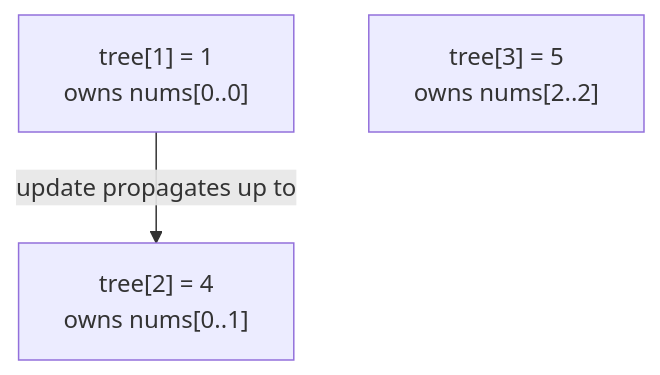
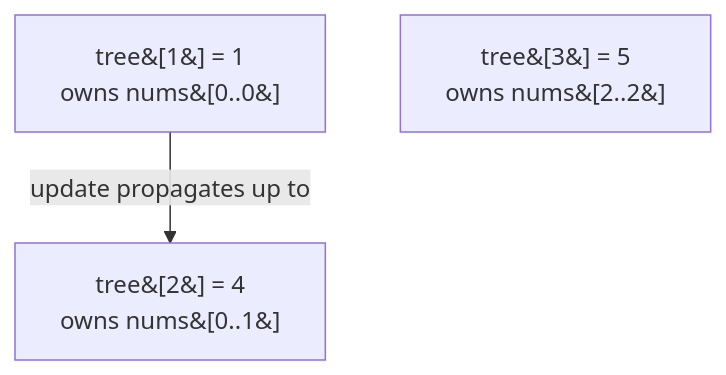
Before and after one commit to Aryan-Jadon18/dsa-placement-prep: the diagram in topics/20-design-advanced-ds/04-range-sum-query-mutable/README.md, drawn with Mermaid. The commit also changed 52 other files, not shown here.

First line of the commit message:
Fix Mermaid diagrams not rendering on GitHub

````diff
--- a/topics/20-design-advanced-ds/04-range-sum-query-mutable/README.md
+++ b/topics/20-design-advanced-ds/04-range-sum-query-mutable/README.md
@@ -52,5 +52,5 @@
 ```mermaid
 graph TD
-    N1["tree[1] = 1<br/>owns nums[0..0]"] -->|update propagates up to| N2["tree[2] = 4<br/>owns nums[0..1]"]
-    N3["tree[3] = 5<br/>owns nums[2..2]"]
+    N1["tree&#91;1&#93; = 1<br/>owns nums&#91;0..0&#93;"] -->|update propagates up to| N2["tree&#91;2&#93; = 4<br/>owns nums&#91;0..1&#93;"]
+    N3["tree&#91;3&#93; = 5<br/>owns nums&#91;2..2&#93;"]
 ```
````
